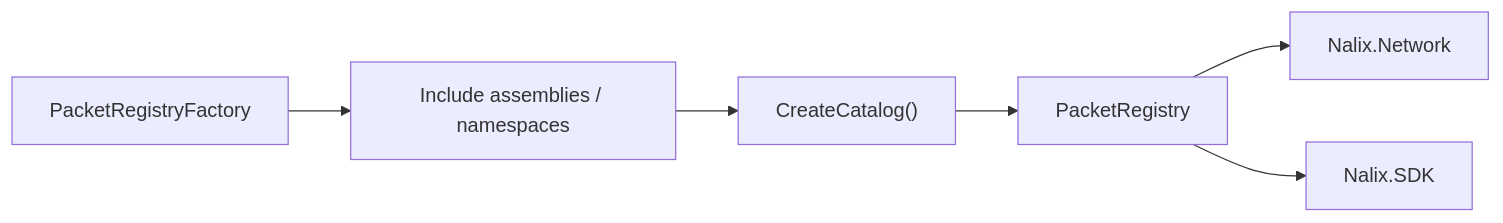
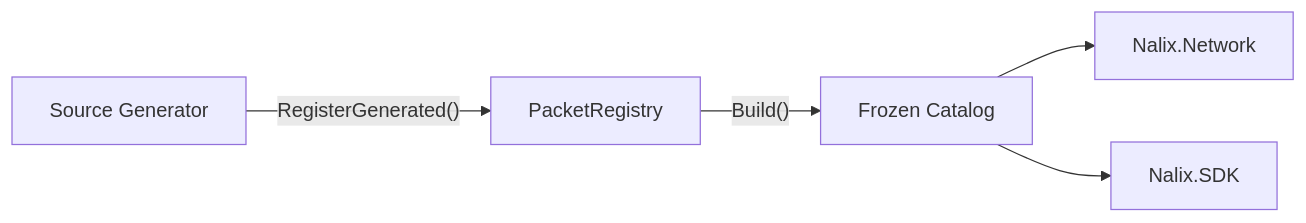
Before and after one commit to ppn-systems/Nalix: the second of 2 diagrams in docs/packages/nalix-codec.md, drawn with Mermaid. The commit also changed other lines of this file and 57 other files, not shown here.

````diff
--- a/docs/packages/nalix-codec.md
+++ b/docs/packages/nalix-codec.md
@@ -44,8 +43,7 @@
 ```mermaid
 flowchart LR
-    A["PacketRegistryFactory"] --> B["Include assemblies / namespaces"]
-    B --> C["CreateCatalog()"]
-    C --> D["PacketRegistry"]
-    D --> E["Nalix.Network"]
-    D --> F["Nalix.SDK"]
+    A["Source Generator"] -- "RegisterGenerated()" --> B["PacketRegistry"]
+    B -- "Build()" --> C["Frozen Catalog"]
+    C --> D["Nalix.Network"]
+    C --> E["Nalix.SDK"]
 ```
````
